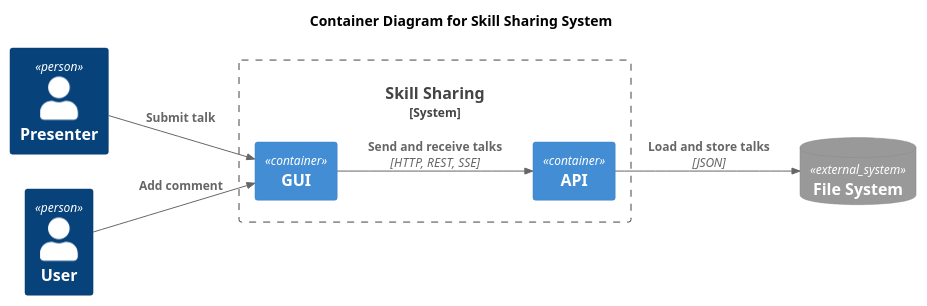
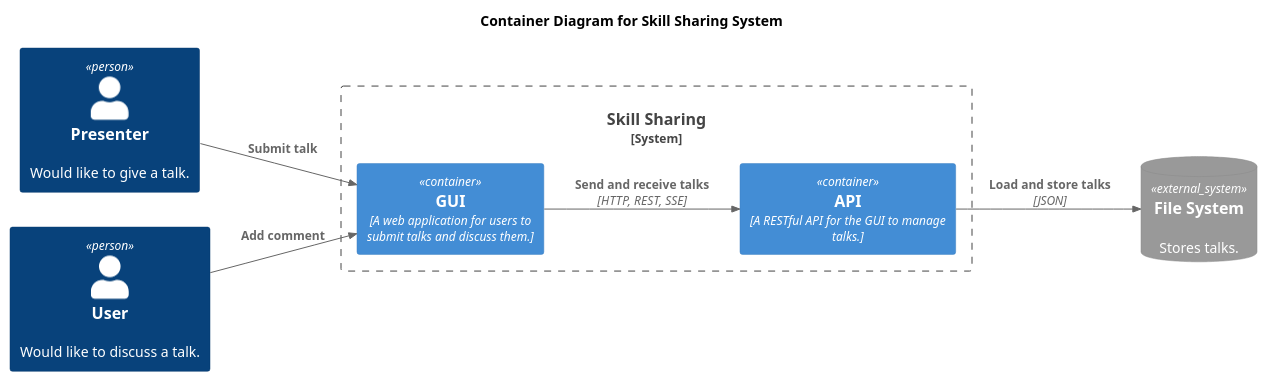
Before and after one commit to falkoschumann/skill-sharing-javascript: the diagram in doc/container.puml, drawn with PlantUML.

Commit message:
docs: add descriptions

```diff
--- a/doc/container.puml
+++ b/doc/container.puml
@@ -1,22 +1,24 @@
+@startuml
 !include https://raw.githubusercontent.com/plantuml-stdlib/C4-PlantUML/master/C4_Container.puml
 
 LAYOUT_LEFT_RIGHT()
 
 title "Container Diagram for Skill Sharing System"
 
-Person(presenter, "Presenter")
-Person(user, "User")
+Person(presenter, "Presenter", "Would like to give a talk.")
+Person(user, "User", "Would like to discuss a talk.")
 
 System_Boundary(skillSharing, "Skill Sharing") {
-  Container(gui, "GUI")
-  Container(api, "API")
+  Container(gui, "GUI", "A web application for users to submit talks and discuss them.")
+  Container(api, "API", "A RESTful API for the GUI to manage talks.")
 }
 
-SystemDb_Ext(fileSystem, "File System")
+SystemDb_Ext(fileSystem, "File System", "Stores talks.")
 
 Rel(presenter, gui, "Submit talk")
 Rel(user, gui, "Add comment")
 
 Rel(gui, api, "Send and receive talks", "HTTP, REST, SSE")
 
 Rel(api, fileSystem, "Load and store talks", "JSON")
+@enduml
```
